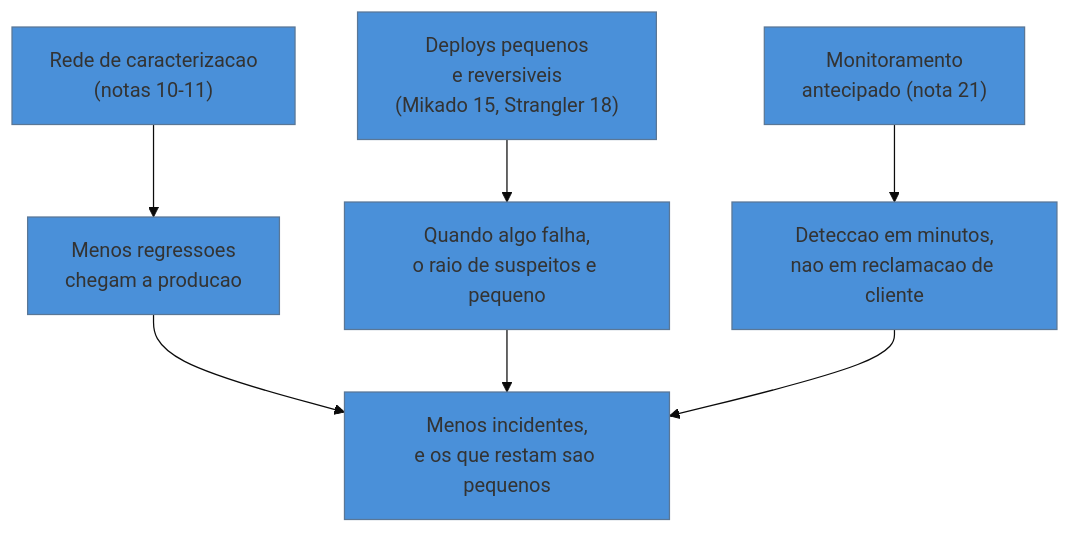
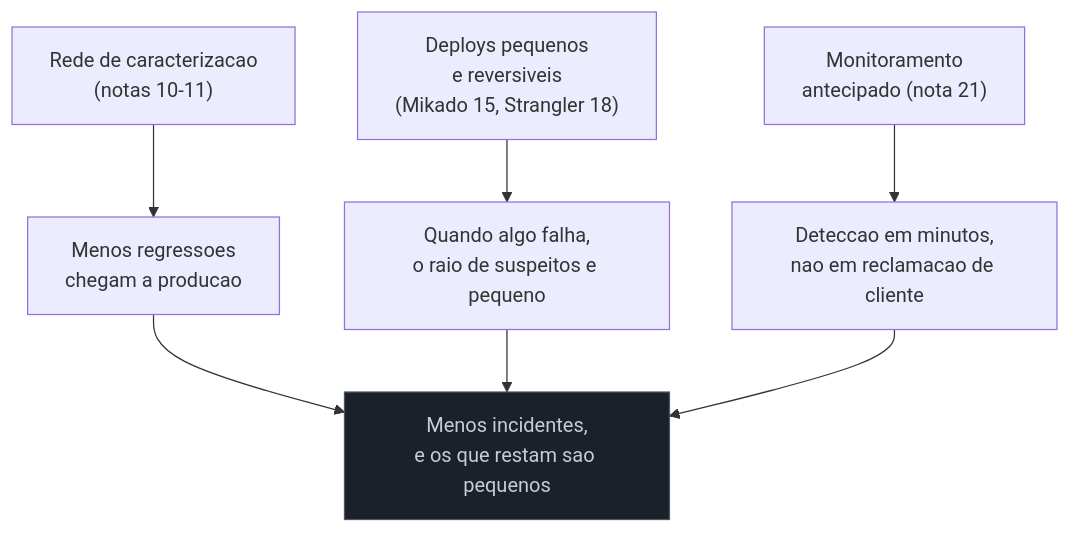
The third of 3 diagrams in 03-Dominios/Engenharia/Arqueologia e Restauração de Software/26 - Firefighting em produção.md (josenaldo/codex-technomanticus), drawn with Mermaid before and after one commit. The commit also changed other lines of this file and 1181 other files, not shown here.

First line of the commit message:
fix(diagramas): paleta do sistema no lugar de cor cravada no markdown

````diff
--- a/03-Dominios/Engenharia/Arqueologia e Restauração de Software/26 - Firefighting em produção.md
+++ b/03-Dominios/Engenharia/Arqueologia e Restauração de Software/26 - Firefighting em produção.md
@@ -111,11 +114,11 @@
 ```mermaid
-%%{init: {"theme": "base", "themeVariables": {"primaryColor": "#4A90D9"}}}%%
 flowchart TD
+    classDef neutro fill:#1B2029,stroke:#4E5666,color:#C6CCD8
     P1["Rede de caracterizacao<br/>(notas 10-11)"] --> Q["Menos regressoes<br/>chegam a producao"]
     P2["Deploys pequenos<br/>e reversiveis<br/>(Mikado 15, Strangler 18)"] --> R["Quando algo falha,<br/>o raio de suspeitos e pequeno"]
     P3["Monitoramento<br/>antecipado (nota 21)"] --> S["Deteccao em minutos,<br/>nao em reclamacao de cliente"]
     Q --> T["Menos incidentes,<br/>e os que restam sao pequenos"]
     R --> T
     S --> T
-    style T fill:#4A90D9
+    class T neutro
 ```
````
